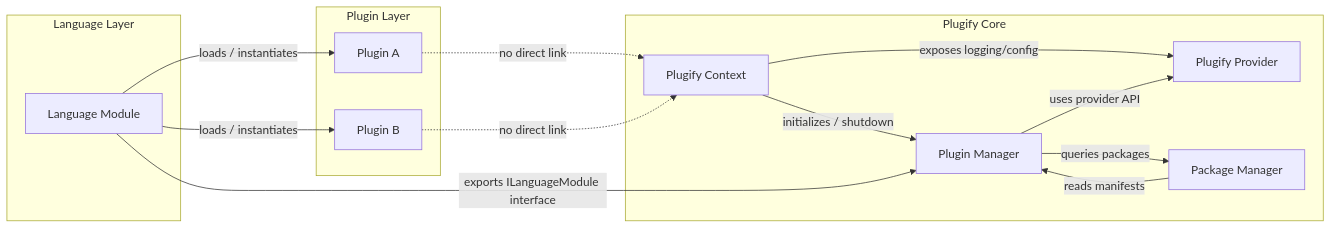
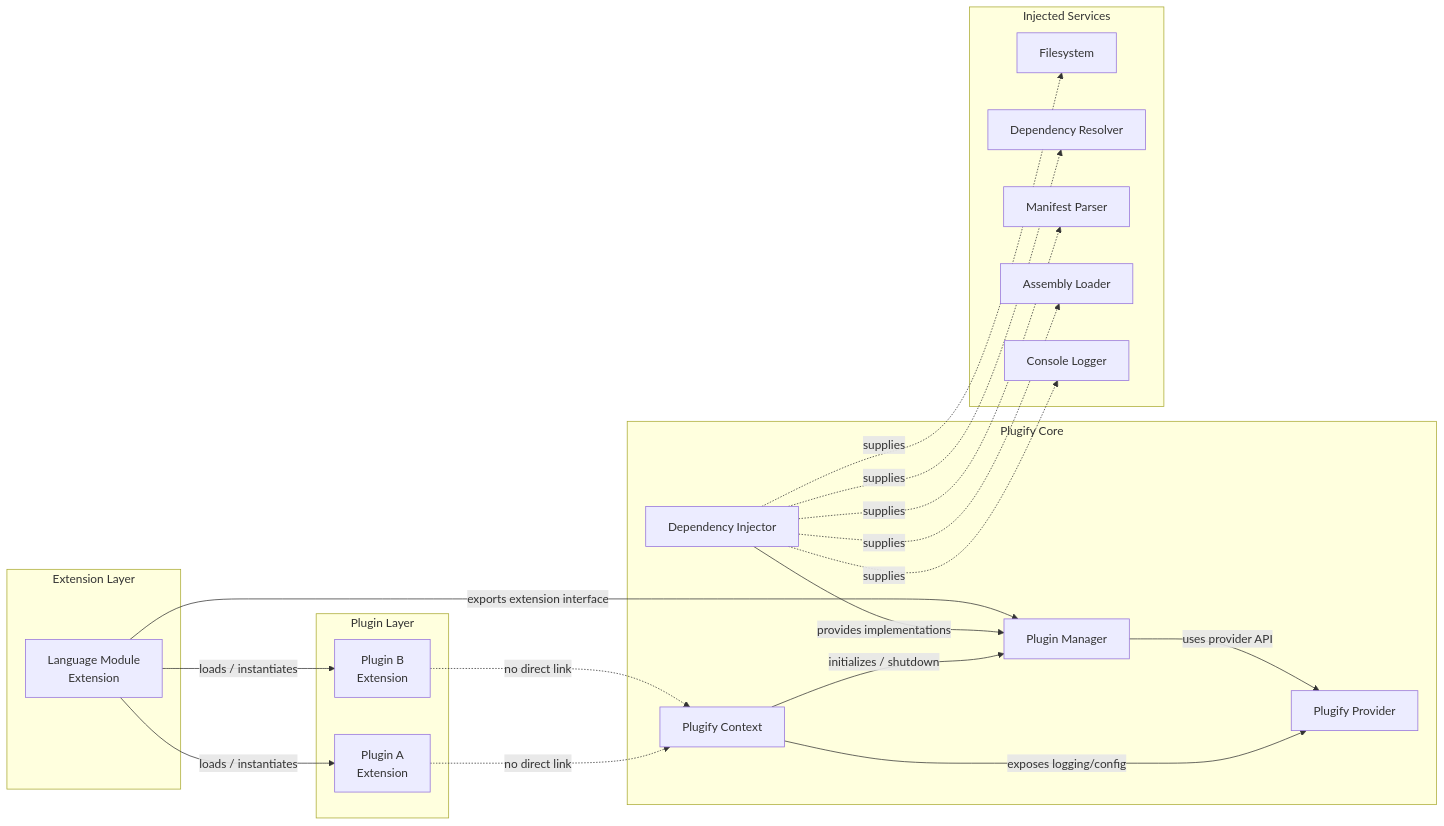
Before and after one commit to untrustedmodders/untrustedmodders.github.io: the third of 3 diagrams in content/1.introduction/4.architecture.md, drawn with Mermaid. The commit also changed other lines of this file and 1 other file, not shown here.

````diff
--- a/content/1.introduction/4.architecture.md
+++ b/content/1.introduction/4.architecture.md
@@ -75,34 +89,48 @@
 ```mermaid
 graph LR
   subgraph Core["Plugify Core"]
     PC[Plugify Context]
     PP[Plugify Provider]
     PM[Plugin Manager]
-    PkgM[Package Manager]
+    DI[Dependency Injector]
   end
 
-  subgraph "Language Layer"
-    LM[Language Module]
+  subgraph "Injected Services"
+    FS[Filesystem]
+    DR[Dependency Resolver]
+    MP[Manifest Parser]
+    AL[Assembly Loader]
+    LOG[Console Logger]
+  end
+
+  subgraph "Extension Layer"
+    LM[Language Module<br/>Extension]
   end
 
   subgraph "Plugin Layer"
-    PluginA[Plugin A]
-    PluginB[Plugin B]
+    PluginA[Plugin A<br/>Extension]
+    PluginB[Plugin B<br/>Extension]
   end
 
   %% relationships
   PC -->|initializes / shutdown| PM
   PC -->|exposes logging/config| PP
   PM -->|uses provider API| PP
-  PM -->|queries packages| PkgM
-  PkgM -->|reads manifests| PM
+  DI -->|provides implementations| PM
+  
+  %% injected services
+  DI -.->|supplies| FS
+  DI -.->|supplies| DR
+  DI -.->|supplies| MP
+  DI -.->|supplies| AL
+  DI -.->|supplies| LOG
 
-  %% language modules mediate all interactions
-  LM -->|exports ILanguageModule interface| PM
+  %% extensions mediate all interactions
+  LM -->|exports extension interface| PM
   LM -->|loads / instantiates| PluginA
   LM -->|loads / instantiates| PluginB
 
   %% no direct core-plugin link
   PluginA -.->|no direct link| PC
   PluginB -.->|no direct link| PC
 ```
````
